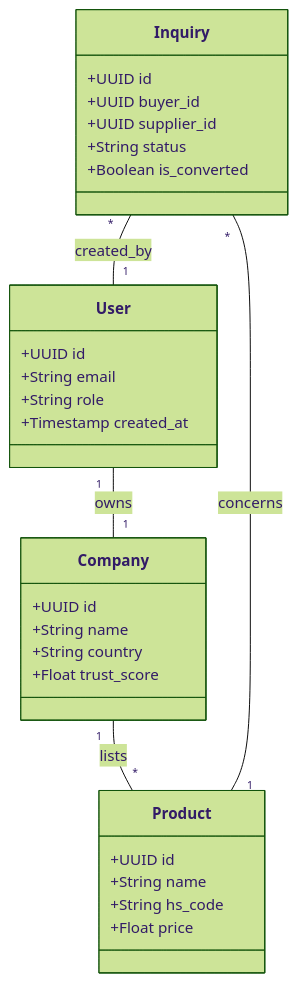
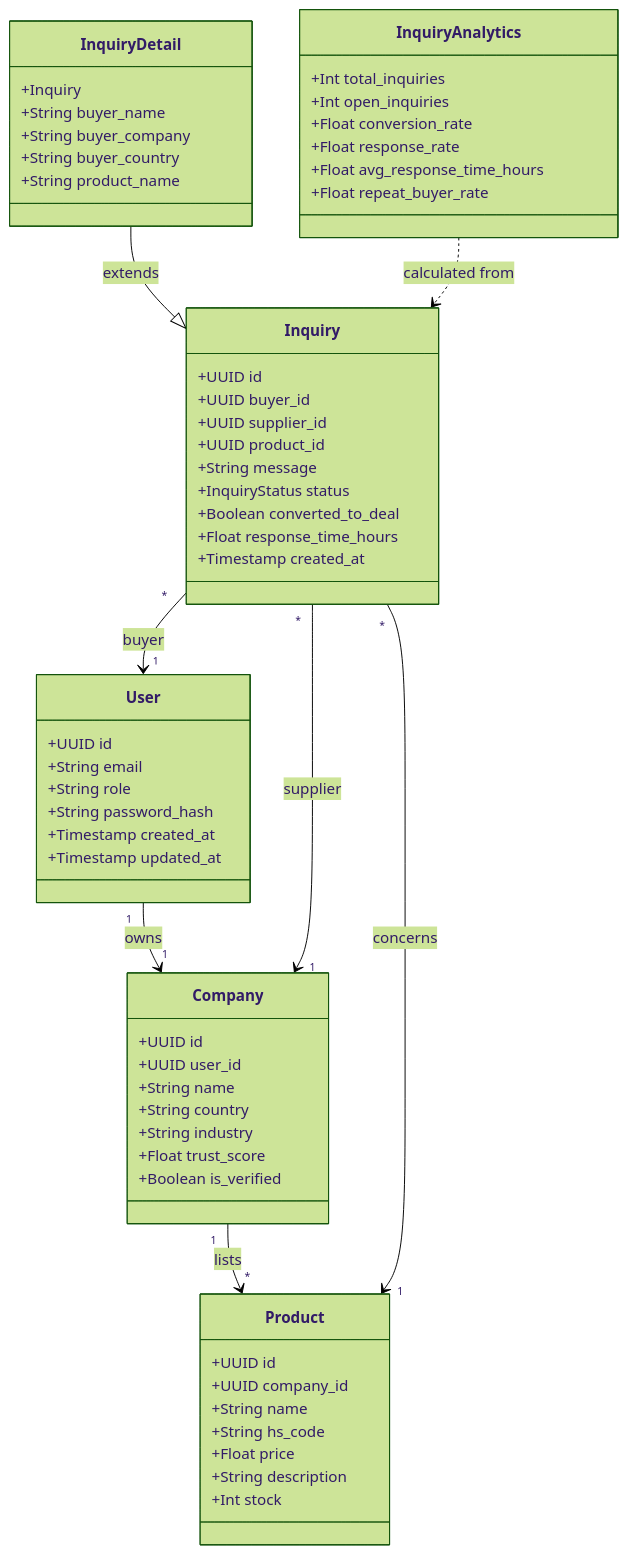
One commit to wi5nuu/grawizah.com changed the fifth of 5 diagrams in README.md. Above: the diagram before and after it, drawn with Mermaid (forest theme). The commit also changed other lines of this file and 2 other files, not shown here.

````diff
--- a/README.md
+++ b/README.md
@@ -138,33 +222,68 @@
 ```mermaid
 classDiagram
     class User {
         +UUID id
         +String email
         +String role
+        +String password_hash
         +Timestamp created_at
+        +Timestamp updated_at
     }
+
     class Company {
         +UUID id
+        +UUID user_id
         +String name
         +String country
+        +String industry
         +Float trust_score
+        +Boolean is_verified
     }
+
     class Product {
         +UUID id
+        +UUID company_id
         +String name
         +String hs_code
         +Float price
+        +String description
+        +Int stock
     }
+
     class Inquiry {
         +UUID id
         +UUID buyer_id
         +UUID supplier_id
-        +String status
-        +Boolean is_converted
+        +UUID product_id
+        +String message
+        +InquiryStatus status
+        +Boolean converted_to_deal
+        +Float response_time_hours
+        +Timestamp created_at
     }
 
-    User "1" -- "1" Company : owns
-    Company "1" -- "*" Product : lists
-    Inquiry "*" -- "1" User : created_by
-    Inquiry "*" -- "1" Product : concerns
+    class InquiryDetail {
+        +Inquiry
+        +String buyer_name
+        +String buyer_company
+        +String buyer_country
+        +String product_name
+    }
+
+    class InquiryAnalytics {
+        +Int total_inquiries
+        +Int open_inquiries
+        +Float conversion_rate
+        +Float response_rate
+        +Float avg_response_time_hours
+        +Float repeat_buyer_rate
+    }
+
+    User "1" --> "1" Company : owns
+    Company "1" --> "*" Product : lists
+    Inquiry "*" --> "1" User : buyer
+    Inquiry "*" --> "1" Company : supplier
+    Inquiry "*" --> "1" Product : concerns
+    InquiryDetail --|> Inquiry : extends
+    InquiryAnalytics ..> Inquiry : calculated from
 ```
````
